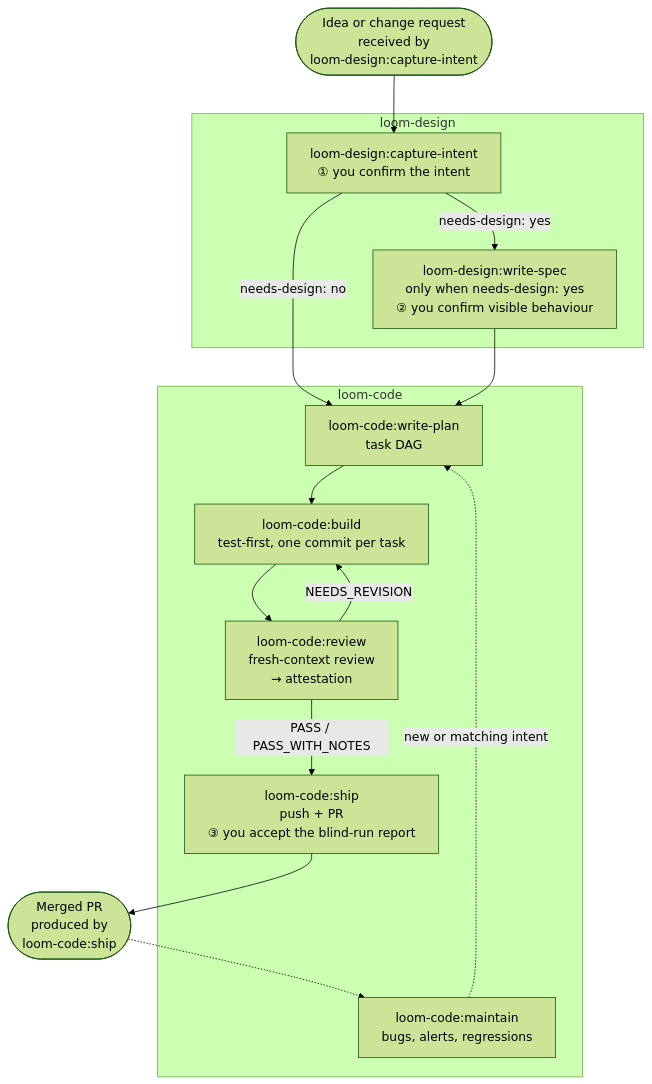
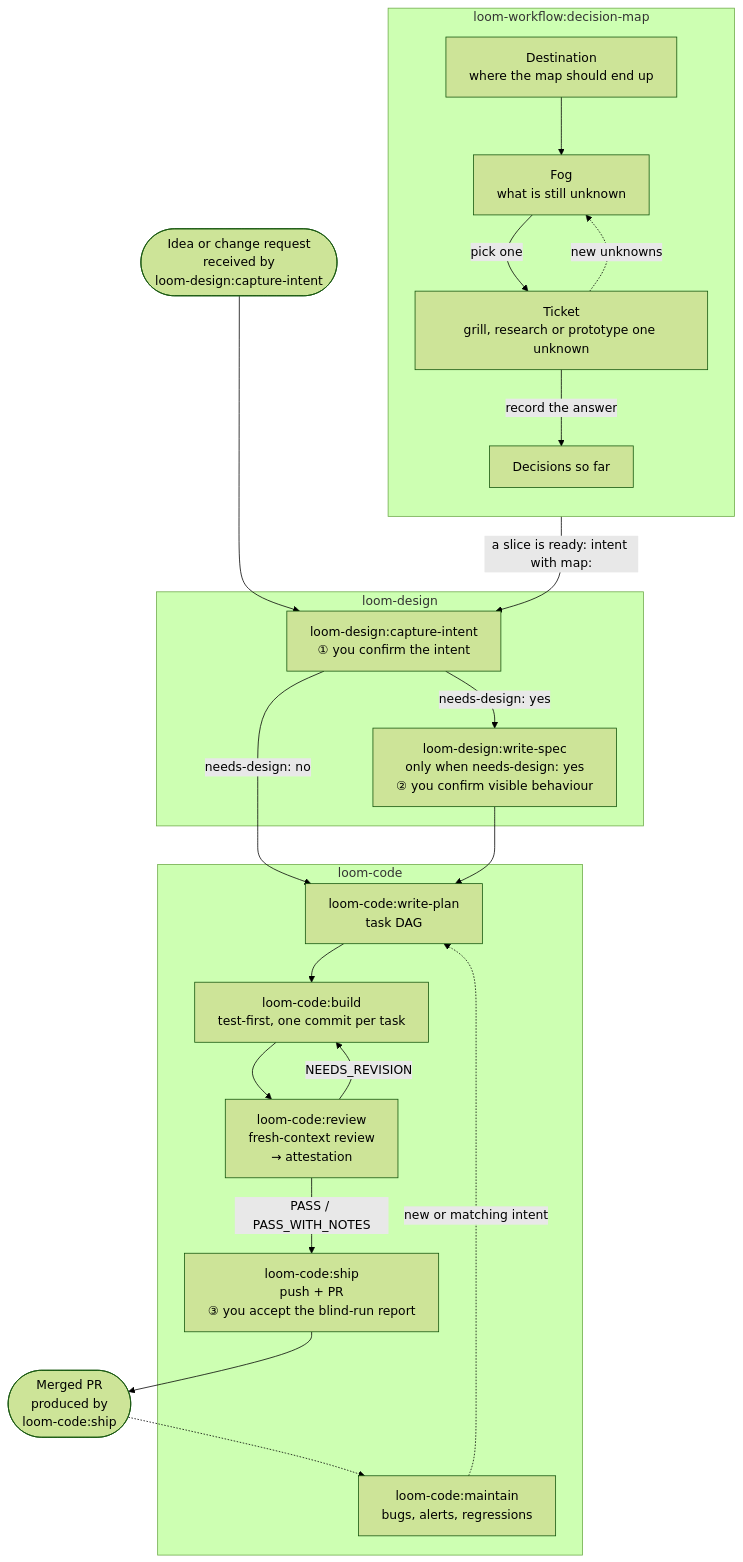
Before and after one commit to kouko/loom-plugins: the diagram in README.md, drawn with Mermaid (forest theme). The commit also changed other lines of this file, not shown here.

Commit message:
docs(repo): merge decision-map into the main flow diagram
Task: W1-01

Claude-Session: https://claude.ai/code/session_01EW1KrscSF9nsy9FaqcrB8U

````diff
--- a/README.md
+++ b/README.md
@@ -25,32 +25,46 @@
 ```mermaid
 %%{init: {"flowchart": {"wrappingWidth": 320}}}%%
 flowchart TD
     idea(["Idea or change request<br/>received by<br/>loom-design:capture-intent"])
+
+    subgraph dm["loom-workflow:decision-map"]
+        direction TB
+        dest["Destination<br/>where the map should end up"]
+        fog["Fog<br/>what is still unknown"]
+        ticket["Ticket<br/>grill, research or prototype one unknown"]
+        log["Decisions so far"]
+    end
 
     subgraph design["loom-design"]
         intent["loom-design:capture-intent<br/>① you confirm the intent"]
         spec["loom-design:write-spec<br/>only when needs-design: yes<br/>② you confirm visible behaviour"]
     end
 
     subgraph code["loom-code"]
         plan["loom-code:write-plan<br/>task DAG"]
         build["loom-code:build<br/>test-first, one commit per task"]
         review["loom-code:review<br/>fresh-context review<br/>→ attestation"]
         ship["loom-code:ship<br/>push + PR<br/>③ you accept the blind-run report"]
         maintain["loom-code:maintain<br/>bugs, alerts, regressions"]
     end
 
     merged(["Merged PR<br/>produced by<br/>loom-code:ship"])
 
     idea --> intent
     intent -->|"needs-design: yes"| spec
     intent -->|"needs-design: no"| plan
     spec --> plan
     plan --> build
     build --> review
     review -->|"NEEDS_REVISION"| build
     review -->|"PASS / PASS_WITH_NOTES"| ship
     ship --> merged
     merged -.-> maintain
     maintain -.->|"new or matching intent"| plan
+
+    dest --> fog
+    fog -->|"pick one"| ticket
+    ticket -->|"record the answer"| log
+    ticket -.->|"new unknowns"| fog
+    dm -->|"a slice is ready: intent with map:"| intent
 ```
````
